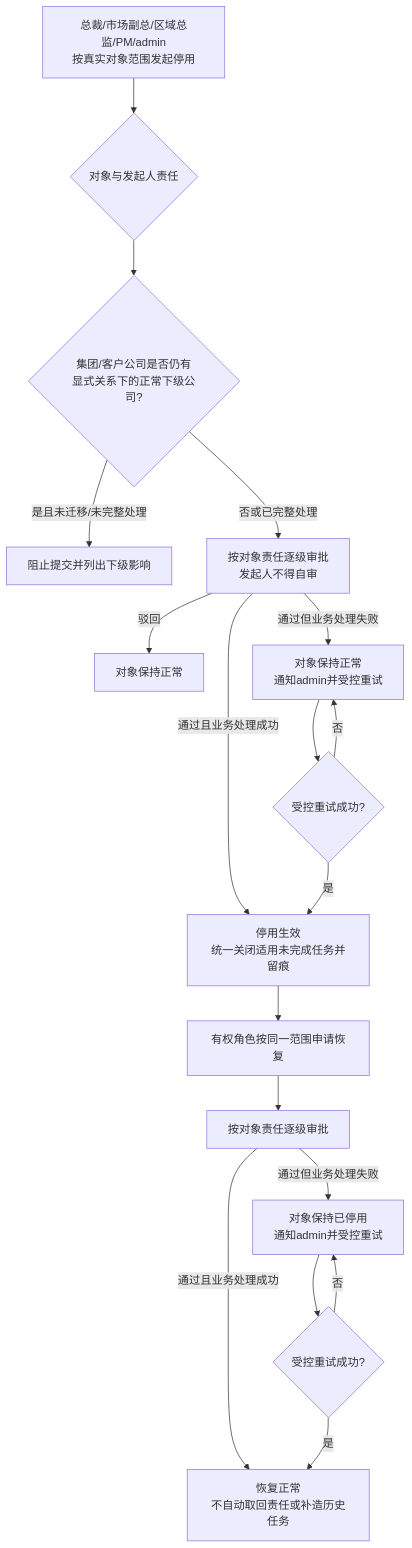
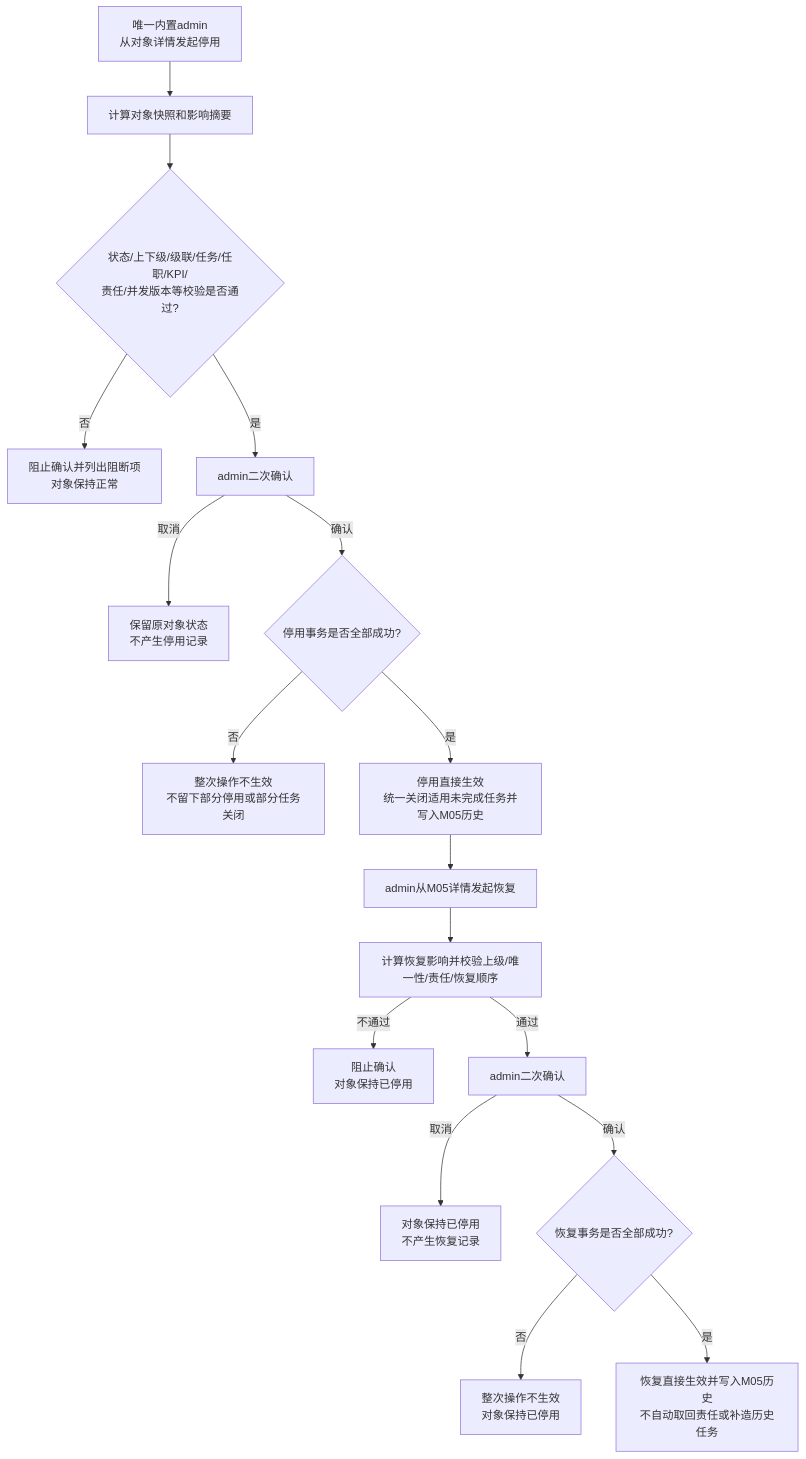
One commit to Joker-1030/Yingjia-Internal-Management-System changed the first of 2 diagrams in prd-workspace/current/user-flows/FLOW-13-M05-deactivation-and-restore.md. Above: the diagram before and after it, drawn with Mermaid. The commit also changed other lines of this file and 43 other files, not shown here.

````diff
--- a/prd-workspace/current/user-flows/FLOW-13-M05-deactivation-and-restore.md
+++ b/prd-workspace/current/user-flows/FLOW-13-M05-deactivation-and-restore.md
@@ -10,20 +10,19 @@
 ```mermaid
 flowchart TD
-    A[总裁/市场副总/区域总监/PM/admin<br/>按真实对象范围发起停用] --> B{对象与发起人责任}
-    B --> B1{集团/客户公司是否仍有<br/>显式关系下的正常下级公司?}
-    B1 -- 是且未迁移/未完整处理 --> B2[阻止提交并列出下级影响]
-    B1 -- 否或已完整处理 --> C[按对象责任逐级审批<br/>发起人不得自审]
-    C -- 驳回 --> D[对象保持正常]
-    C -- 通过且业务处理成功 --> E[停用生效<br/>统一关闭适用未完成任务并留痕]
-    C -- 通过但业务处理失败 --> C1[对象保持正常<br/>通知admin并受控重试]
-    C1 --> C2{受控重试成功?}
-    C2 -- 否 --> C1
-    C2 -- 是 --> E
-    E --> F[有权角色按同一范围申请恢复]
-    F --> G[按对象责任逐级审批]
-    G -- 通过且业务处理成功 --> H[恢复正常<br/>不自动取回责任或补造历史任务]
-    G -- 通过但业务处理失败 --> G1[对象保持已停用<br/>通知admin并受控重试]
-    G1 --> G2{受控重试成功?}
-    G2 -- 否 --> G1
-    G2 -- 是 --> H
+    A[唯一内置admin<br/>从对象详情发起停用] --> B[计算对象快照和影响摘要]
+    B --> C{状态/上下级/级联/任务/任职/KPI/<br/>责任/并发版本等校验是否通过?}
+    C -- 否 --> D[阻止确认并列出阻断项<br/>对象保持正常]
+    C -- 是 --> E[admin二次确认]
+    E -- 取消 --> F[保留原对象状态<br/>不产生停用记录]
+    E -- 确认 --> G{停用事务是否全部成功?}
+    G -- 否 --> H[整次操作不生效<br/>不留下部分停用或部分任务关闭]
+    G -- 是 --> I[停用直接生效<br/>统一关闭适用未完成任务并写入M05历史]
+    I --> J[admin从M05详情发起恢复]
+    J --> K[计算恢复影响并校验上级/唯一性/责任/恢复顺序]
+    K -- 不通过 --> L[阻止确认<br/>对象保持已停用]
+    K -- 通过 --> M[admin二次确认]
+    M -- 取消 --> N[对象保持已停用<br/>不产生恢复记录]
+    M -- 确认 --> O{恢复事务是否全部成功?}
+    O -- 否 --> P[整次操作不生效<br/>对象保持已停用]
+    O -- 是 --> Q[恢复直接生效并写入M05历史<br/>不自动取回责任或补造历史任务]
 ```
````
